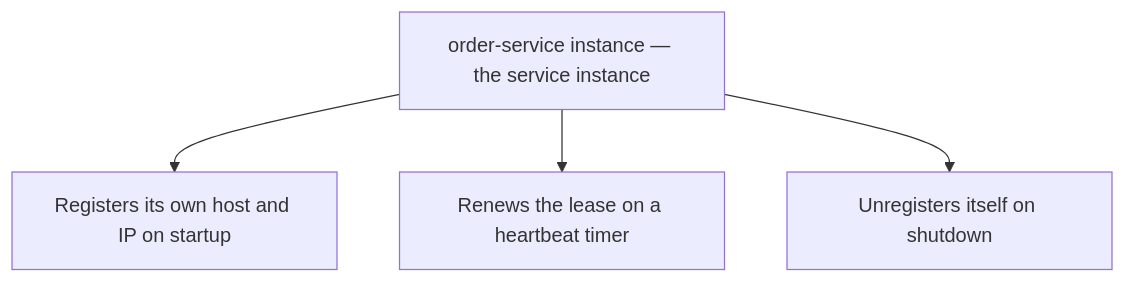
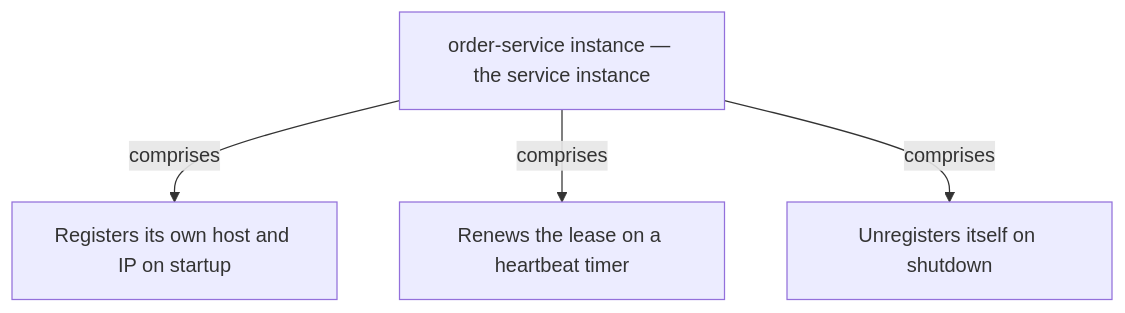
One commit to vinayakuber/microservices-io-study-guide changed the fourth of 12 diagrams in docs/ch10-self-registration.md. Above: the diagram before and after it, drawn with Mermaid. The commit also changed other lines of this file and 71 other files, not shown here.

First line of the commit message:
R18: label every diagram arrow with its meaning

````diff
--- a/docs/ch10-self-registration.md
+++ b/docs/ch10-self-registration.md
@@ -177,7 +177,7 @@
 ```mermaid
 flowchart TD
   R["order-service instance — the service instance"]
-  R --> P0["Registers its own host and IP on startup"]
-  R --> P1["Renews the lease on a heartbeat timer"]
-  R --> P2["Unregisters itself on shutdown"]
+  R -->|"comprises"| P0["Registers its own host and IP on startup"]
+  R -->|"comprises"| P1["Renews the lease on a heartbeat timer"]
+  R -->|"comprises"| P2["Unregisters itself on shutdown"]
 ```
````
